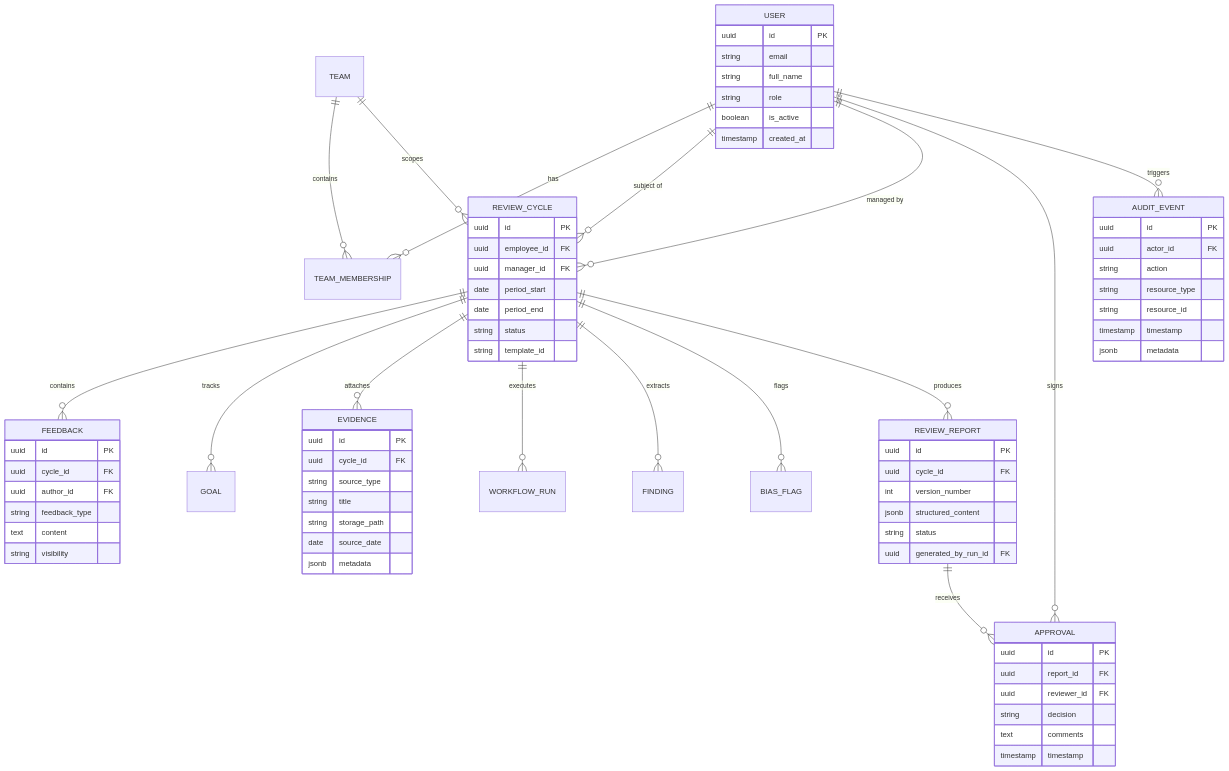
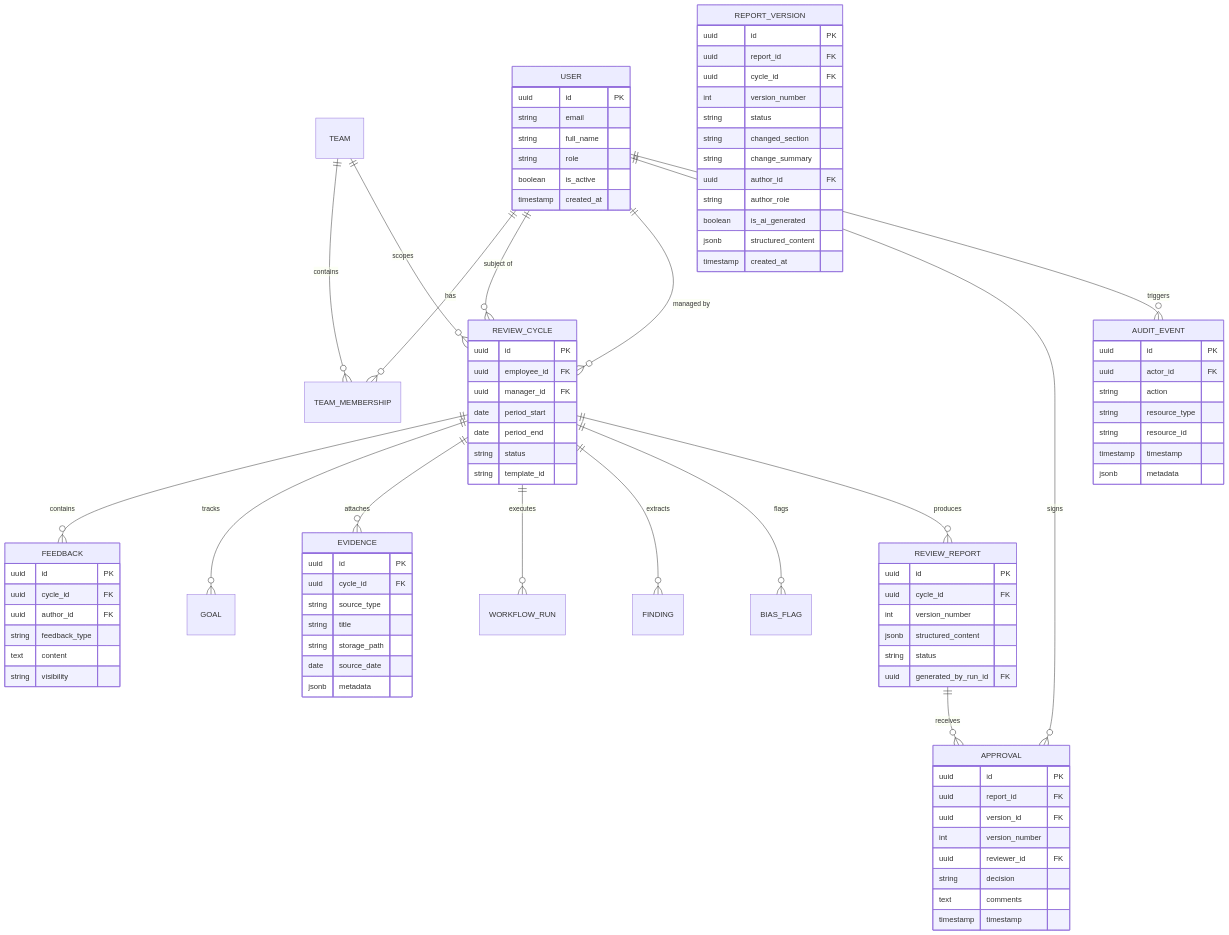
One commit to kaustubhkadam5555-alt/PERFORMai-360-Fresh changed the third of 3 diagrams in docs/ARCHITECTURE.md. Above: the diagram before and after it, drawn with Mermaid. The commit also changed other lines of this file and 18 other files, not shown here.

```diff
--- a/docs/ARCHITECTURE.md
+++ b/docs/ARCHITECTURE.md
@@ -218,9 +218,26 @@
         uuid generated_by_run_id FK
     }
 
+    REPORT_VERSION {
+        uuid id PK
+        uuid report_id FK
+        uuid cycle_id FK
+        int version_number
+        string status
+        string changed_section
+        string change_summary
+        uuid author_id FK
+        string author_role
+        boolean is_ai_generated
+        jsonb structured_content
+        timestamp created_at
+    }
+
     APPROVAL {
         uuid id PK
         uuid report_id FK
+        uuid version_id FK
+        int version_number
         uuid reviewer_id FK
         string decision
         text comments
```
